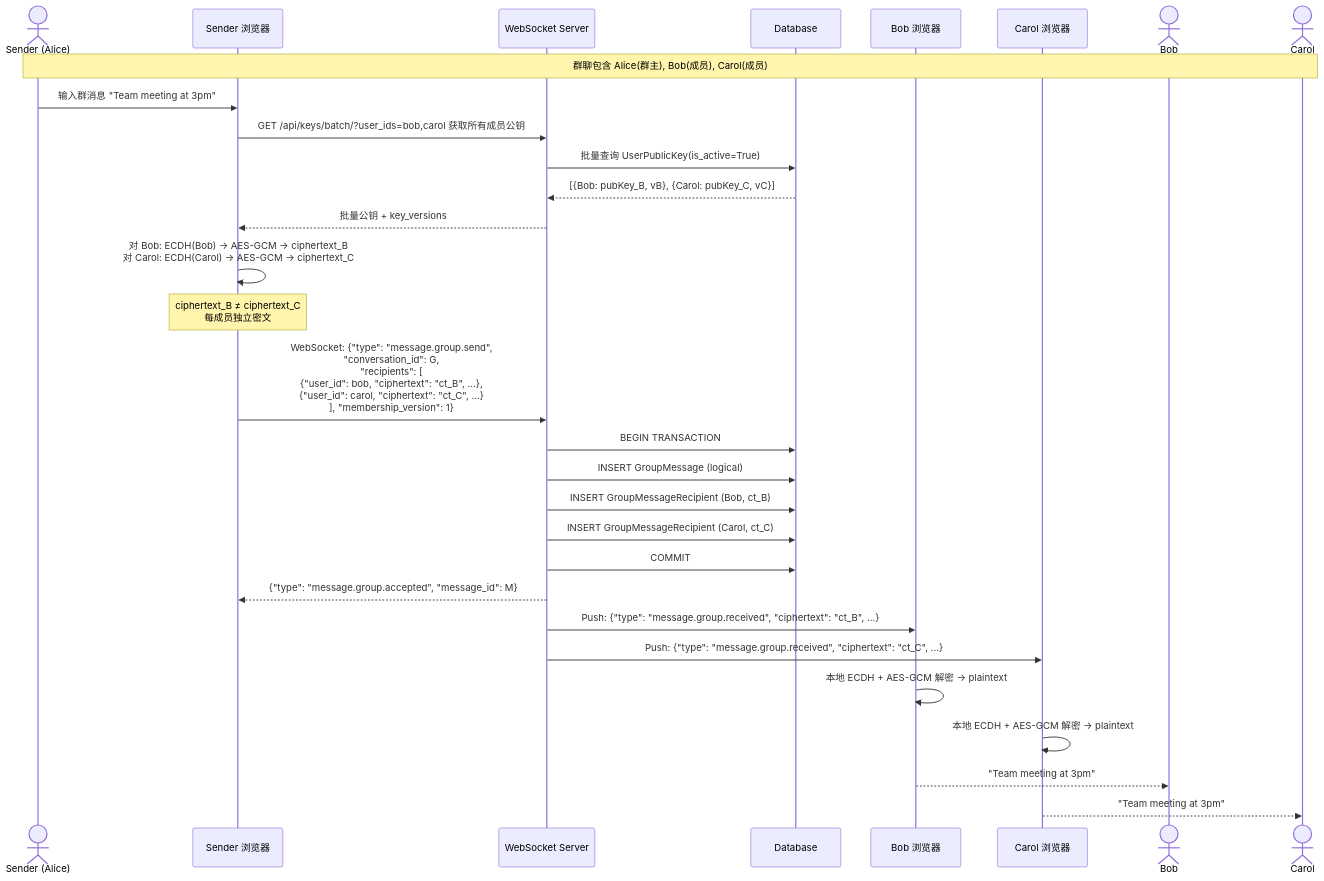
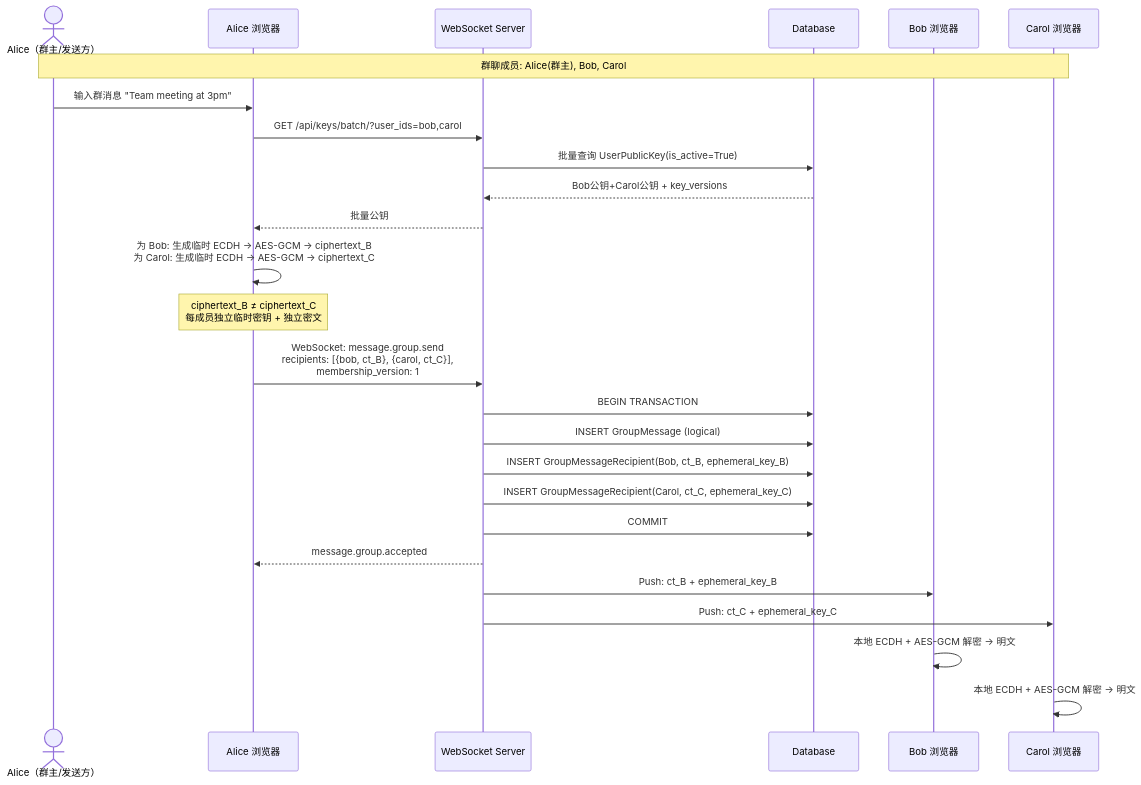
One commit to HeanX/iChat_Pro changed the sixth of 9 diagrams in docs/iChat Pro UML 与架构图交付文档.md. Above: the diagram before and after it, drawn with Mermaid. The commit also changed other lines of this file, not shown here.

First line of the commit message:
docs: complete rewrite of UML & architecture diagrams for current main

````diff
--- a/docs/iChat Pro UML 与架构图交付文档.md
+++ b/docs/iChat Pro UML 与架构图交付文档.md
@@ -330,39 +518,34 @@
 ```mermaid
 sequenceDiagram
-    actor S as Sender (Alice)
-    participant SC as Sender 浏览器
+    actor S as Alice（群主/发送方）
+    participant SC as Alice 浏览器
     participant WS as WebSocket Server
     participant DB as Database
     participant RC1 as Bob 浏览器
     participant RC2 as Carol 浏览器
-    actor R1 as Bob
-    actor R2 as Carol
 
-    Note over S,R2: 群聊包含 Alice(群主), Bob(成员), Carol(成员)
+    Note over S,RC2: 群聊成员: Alice(群主), Bob, Carol
 
     S->>SC: 输入群消息 "Team meeting at 3pm"
-    SC->>WS: GET /api/keys/batch/?user_ids=bob,carol 获取所有成员公钥
+    SC->>WS: GET /api/keys/batch/?user_ids=bob,carol
     WS->>DB: 批量查询 UserPublicKey(is_active=True)
-    DB-->>WS: [{Bob: pubKey_B, vB}, {Carol: pubKey_C, vC}]
-    WS-->>SC: 批量公钥 + key_versions
+    DB-->>WS: Bob公钥+Carol公钥 + key_versions
+    WS-->>SC: 批量公钥
 
-    SC->>SC: 对 Bob: ECDH(Bob) → AES-GCM → ciphertext_B<br/>对 Carol: ECDH(Carol) → AES-GCM → ciphertext_C
-    Note over SC: ciphertext_B ≠ ciphertext_C<br/>每成员独立密文
+    SC->>SC: 为 Bob: 生成临时 ECDH → AES-GCM → ciphertext_B<br/>为 Carol: 生成临时 ECDH → AES-GCM → ciphertext_C
+    Note over SC: ciphertext_B ≠ ciphertext_C<br/>每成员独立临时密钥 + 独立密文
 
-    SC->>WS: WebSocket: {"type": "message.group.send",<br/>"conversation_id": G,<br/>"recipients": [<br/>  {"user_id": bob, "ciphertext": "ct_B", ...},<br/>  {"user_id": carol, "ciphertext": "ct_C", ...}<br/>], "membership_version": 1}
+    SC->>WS: WebSocket: message.group.send<br/>recipients: [{bob, ct_B}, {carol, ct_C}],<br/>membership_version: 1
 
     WS->>DB: BEGIN TRANSACTION
     WS->>DB: INSERT GroupMessage (logical)
-    WS->>DB: INSERT GroupMessageRecipient (Bob, ct_B)
-    WS->>DB: INSERT GroupMessageRecipient (Carol, ct_C)
+    WS->>DB: INSERT GroupMessageRecipient(Bob, ct_B, ephemeral_key_B)
+    WS->>DB: INSERT GroupMessageRecipient(Carol, ct_C, ephemeral_key_C)
     WS->>DB: COMMIT
-    WS-->>SC: {"type": "message.group.accepted", "message_id": M}
+    WS-->>SC: message.group.accepted
 
-    WS->>RC1: Push: {"type": "message.group.received", "ciphertext": "ct_B", ...}
-    WS->>RC2: Push: {"type": "message.group.received", "ciphertext": "ct_C", ...}
-
-    RC1->>RC1: 本地 ECDH + AES-GCM 解密 → plaintext
-    RC2->>RC2: 本地 ECDH + AES-GCM 解密 → plaintext
-    RC1-->>R1: "Team meeting at 3pm"
-    RC2-->>R2: "Team meeting at 3pm"
+    WS->>RC1: Push: ct_B + ephemeral_key_B
+    WS->>RC2: Push: ct_C + ephemeral_key_C
+    RC1->>RC1: 本地 ECDH + AES-GCM 解密 → 明文
+    RC2->>RC2: 本地 ECDH + AES-GCM 解密 → 明文
 ```
````
